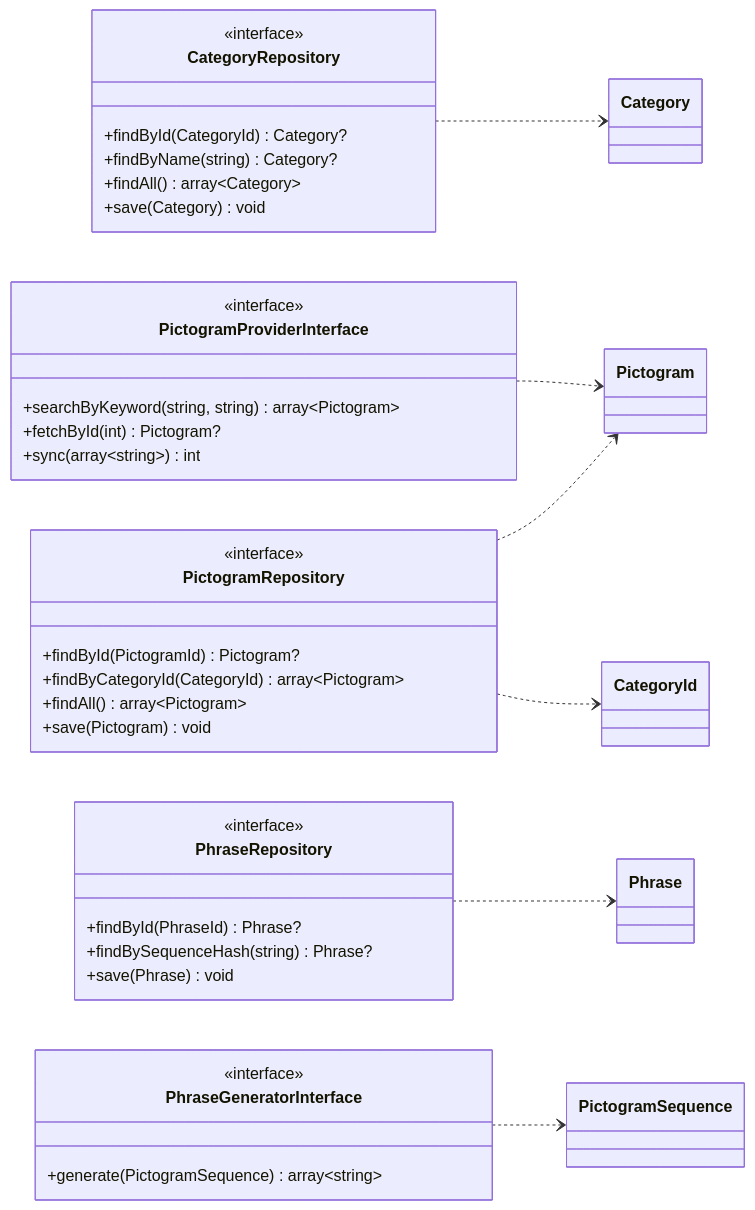
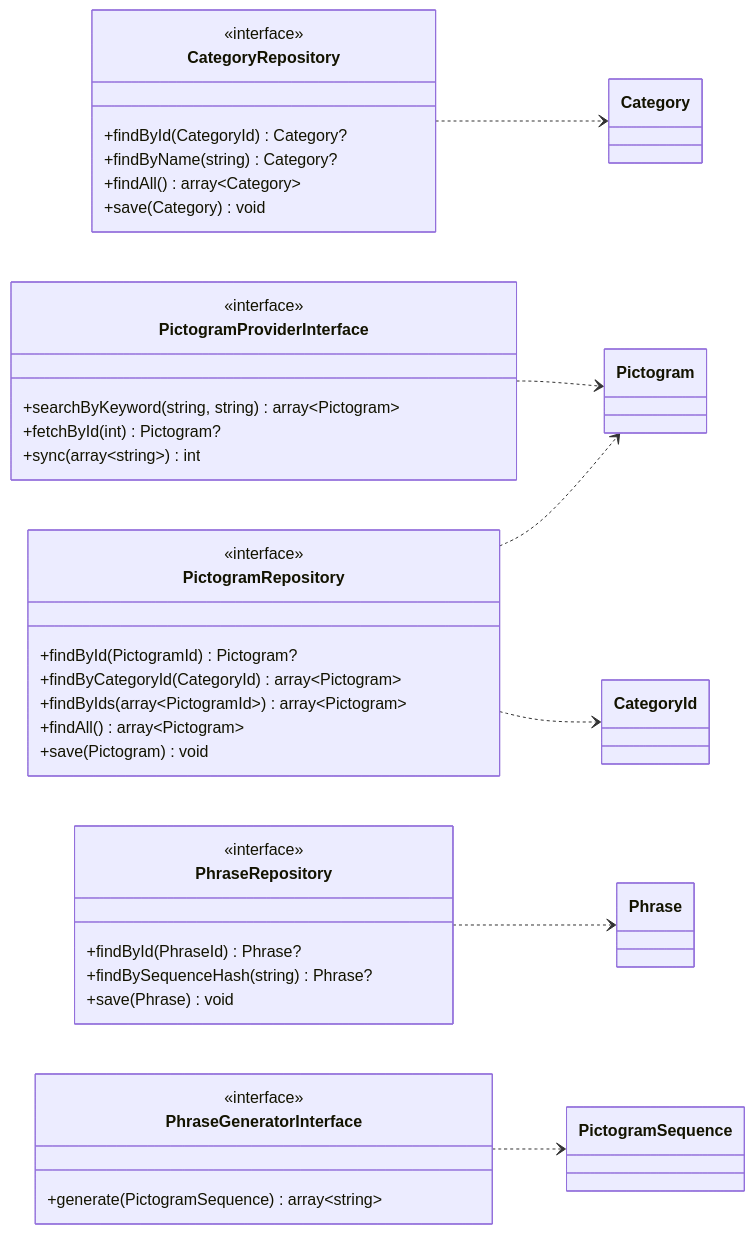
One commit to luismiglezmohino/HablaIA changed the second of 5 diagrams in docs/diagrams/domain-layer.md. Above: the diagram before and after it, drawn with Mermaid. The commit also changed other lines of this file and 9 other files, not shown here.

````diff
--- a/docs/diagrams/domain-layer.md
+++ b/docs/diagrams/domain-layer.md
@@ -112,46 +116,47 @@
 ```mermaid
 classDiagram
     direction LR
 
     class CategoryRepository {
         <<interface>>
         +findById(CategoryId) Category?
         +findByName(string) Category?
         +findAll() array~Category~
         +save(Category) void
     }
 
     class PictogramRepository {
         <<interface>>
         +findById(PictogramId) Pictogram?
         +findByCategoryId(CategoryId) array~Pictogram~
+        +findByIds(array~PictogramId~) array~Pictogram~
         +findAll() array~Pictogram~
         +save(Pictogram) void
     }
 
     class PhraseRepository {
         <<interface>>
         +findById(PhraseId) Phrase?
         +findBySequenceHash(string) Phrase?
         +save(Phrase) void
     }
 
     class PhraseGeneratorInterface {
         <<interface>>
         +generate(PictogramSequence) array~string~
     }
 
     class PictogramProviderInterface {
         <<interface>>
         +searchByKeyword(string, string) array~Pictogram~
         +fetchById(int) Pictogram?
         +sync(array~string~) int
     }
 
     CategoryRepository ..> Category
     PictogramRepository ..> Pictogram
     PictogramRepository ..> CategoryId
     PhraseRepository ..> Phrase
     PhraseGeneratorInterface ..> PictogramSequence
     PictogramProviderInterface ..> Pictogram
 ```
````
